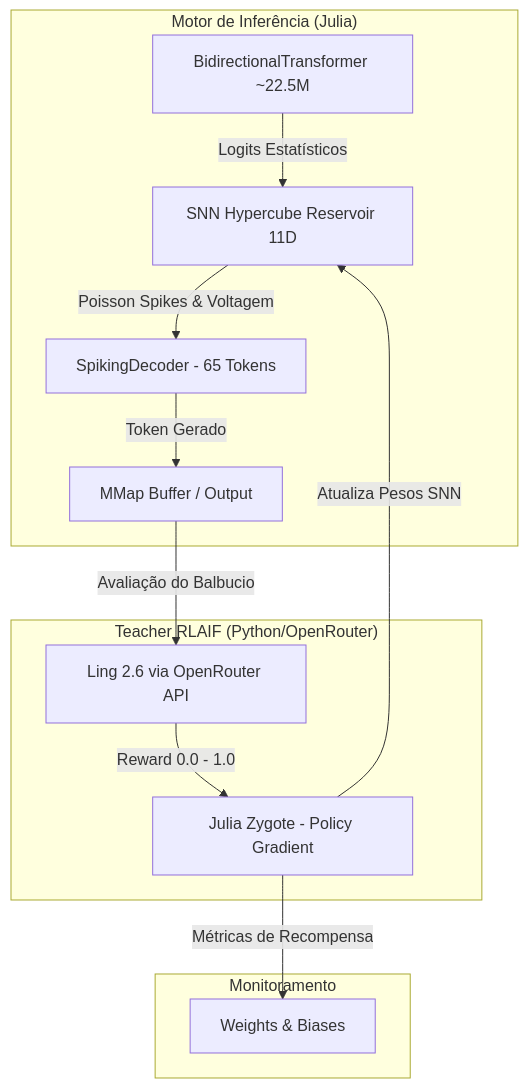
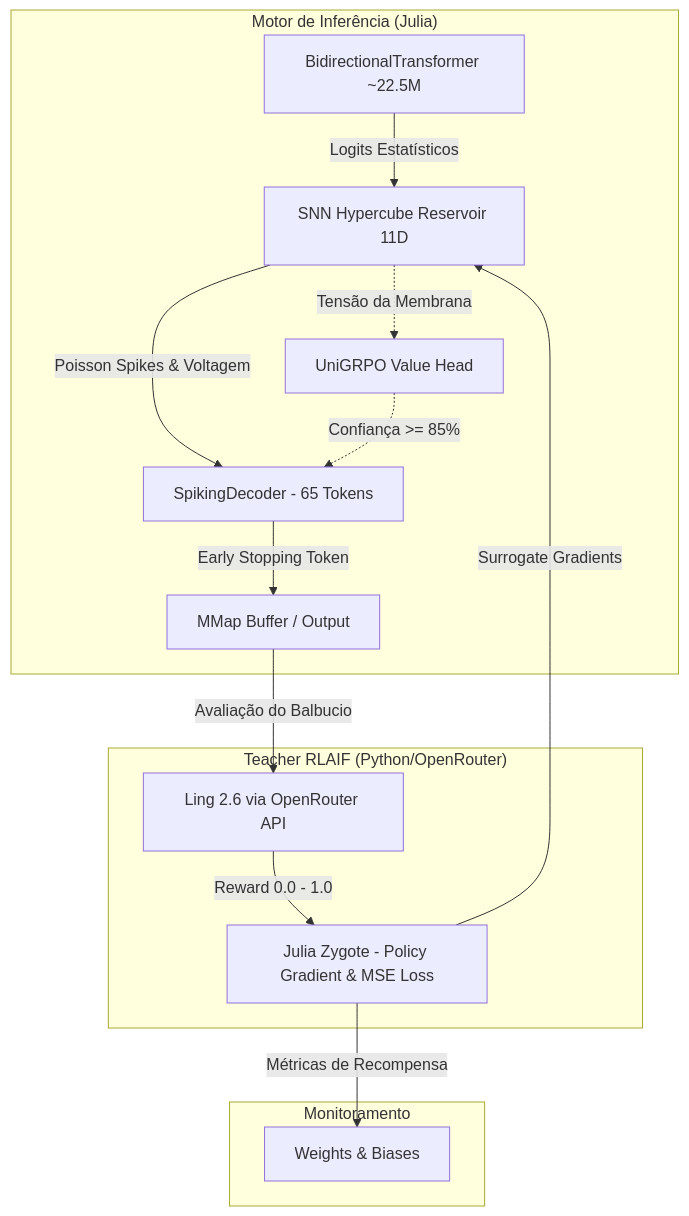
Before and after one commit to Rukafuu/CAFUNE: the diagram in README.md, drawn with Mermaid. The commit also changed other lines of this file and 4 other files, not shown here.

Commit message:
feat: PLIF TSM, Surrogate Gradients, UniGRPO Value Head, Early Stopping and W&B Integration

````diff
--- a/README.md
+++ b/README.md
@@ -23,18 +23,20 @@
 ```mermaid
 graph TD
     subgraph Motor_Julia["Motor de Inferência (Julia)"]
         A[BidirectionalTransformer ~22.5M] -->|Logits Estatísticos| B[SNN Hypercube Reservoir 11D]
         B -->|Poisson Spikes & Voltagem| C[SpikingDecoder - 65 Tokens]
-        C -->|Token Gerado| D[MMap Buffer / Output]
+        B -.->|Tensão da Membrana| V[UniGRPO Value Head]
+        V -.->|Confiança >= 85%| C
+        C -->|Early Stopping Token| D[MMap Buffer / Output]
     end
 
     subgraph Teacher_Python["Teacher RLAIF (Python/OpenRouter)"]
         D -->|Avaliação do Balbucio| E[Ling 2.6 via OpenRouter API]
-        E -->|Reward 0.0 - 1.0| F[Julia Zygote - Policy Gradient]
-        F -->|Atualiza Pesos SNN| B
+        E -->|Reward 0.0 - 1.0| F[Julia Zygote - Policy Gradient & MSE Loss]
+        F -->|Surrogate Gradients| B
     end
 
     subgraph Observabilidade["Monitoramento"]
         F -->|Métricas de Recompensa| G[Weights & Biases]
     end
 ```
````
